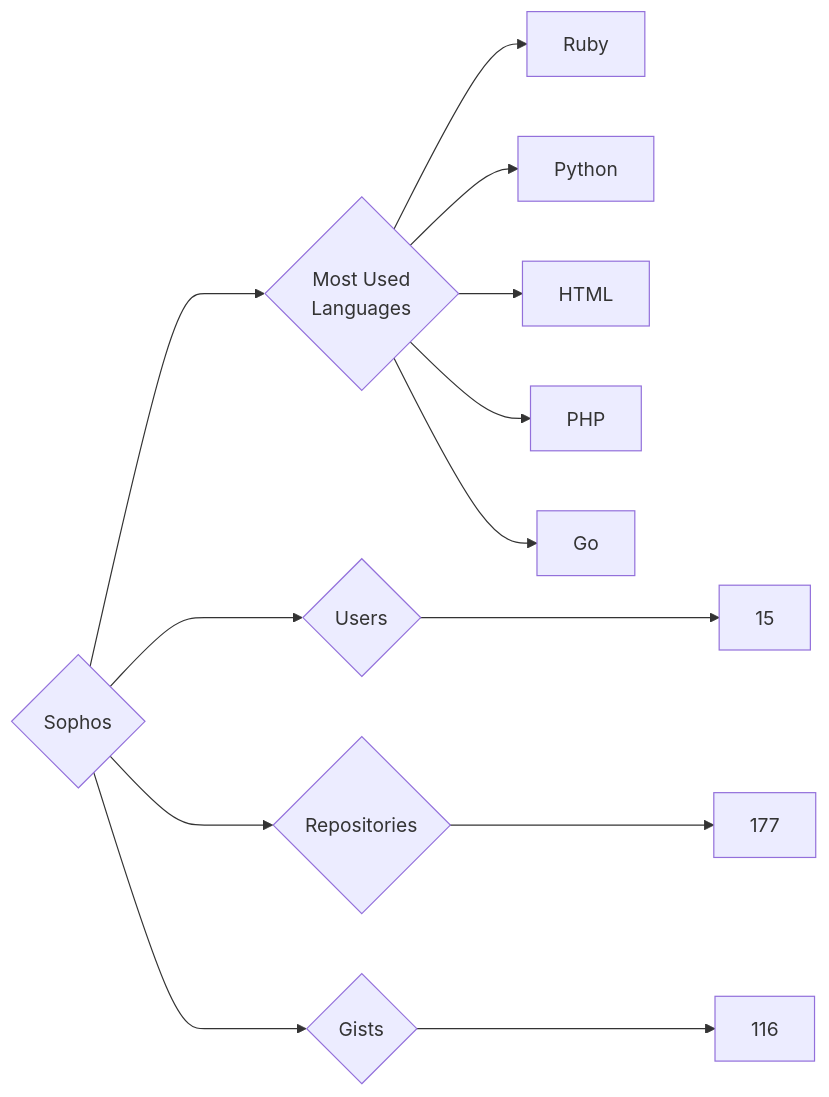
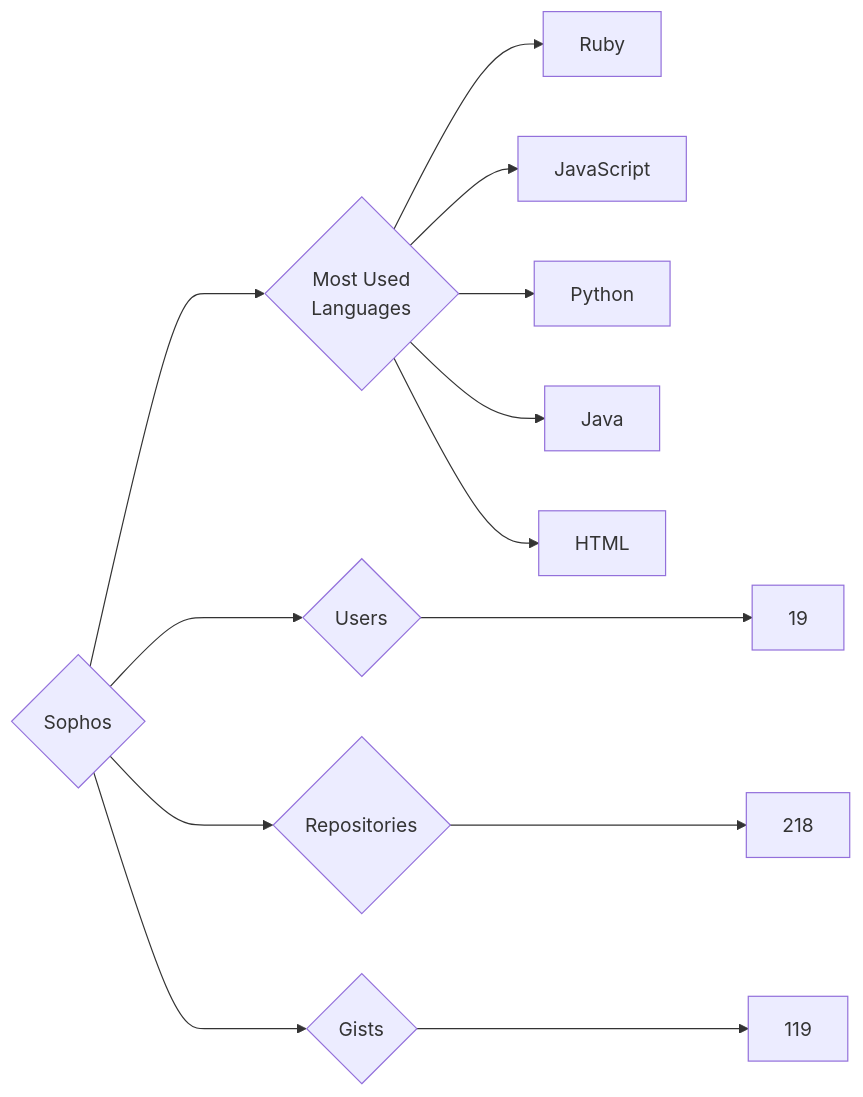
One commit to trickest/insiders changed the diagram in targets/Sophos/README.md. Above: the diagram before and after it, drawn with Mermaid. The commit also changed 972 other files, not shown here.

````diff
--- a/targets/Sophos/README.md
+++ b/targets/Sophos/README.md
@@ -3,13 +3,13 @@
 ```mermaid
 graph LR
 COMPANY_NAME{Sophos}
-COMPANY_NAME ---> U{Users} ---> UN[15]
-COMPANY_NAME ---> R{Repositories} ---> RN[177]
-COMPANY_NAME ---> G{Gists} ---> GN[116]
+COMPANY_NAME ---> U{Users} ---> UN[19]
+COMPANY_NAME ---> R{Repositories} ---> RN[218]
+COMPANY_NAME ---> G{Gists} ---> GN[119]
 COMPANY_NAME ---> ML{Most Used<br>Languages}
 ML --> Ruby[Ruby]
+ML --> JavaScript[JavaScript]
 ML --> Python[Python]
+ML --> Java[Java]
 ML --> HTML[HTML]
-ML --> PHP[PHP]
-ML --> Go[Go]
 ```
````
